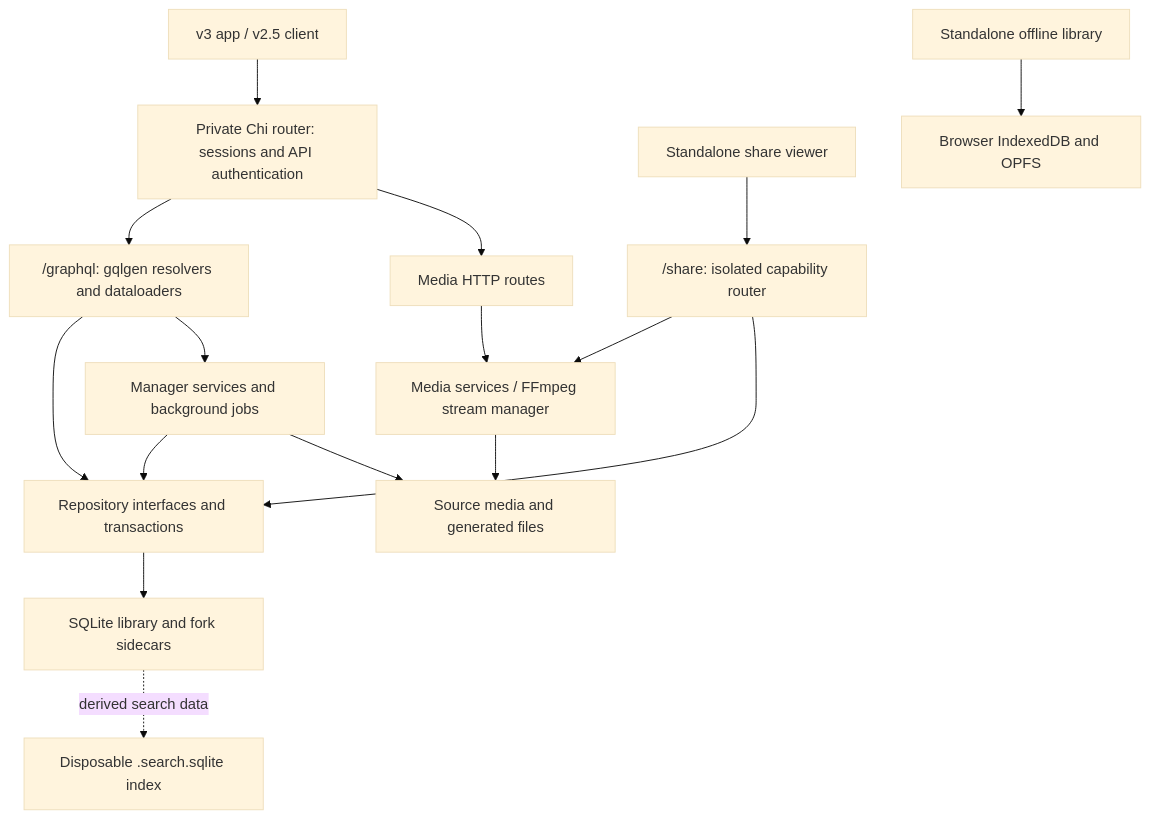
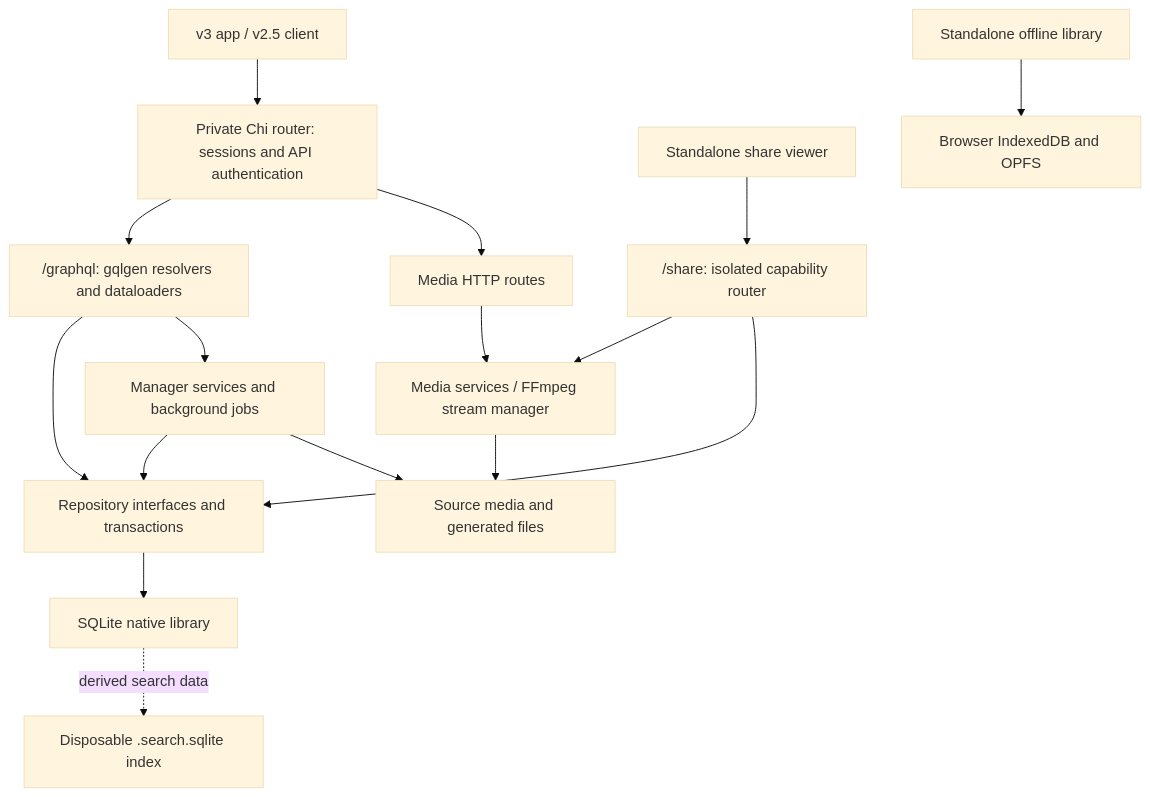
The diagram in docs/ARCHITECTURE.md (notsafeforgit/stash), drawn with Mermaid (base theme) before and after one commit. The commit also changed other lines of this file and 39 other files, not shown here.

Commit message:
Establish native schema lineage and promote authoritative sidecar tables

````diff
--- a/docs/ARCHITECTURE.md
+++ b/docs/ARCHITECTURE.md
@@ -19,18 +19,18 @@
 ```mermaid
 flowchart TD
     owner["v3 app / v2.5 client"] --> private["Private Chi router: sessions and API authentication"]
     private --> graphql["/graphql: gqlgen resolvers and dataloaders"]
     private --> media["Media HTTP routes"]
     guest["Standalone share viewer"] --> shares["/share: isolated capability router"]
     shares --> mediaService["Media services / FFmpeg stream manager"]
     shares --> repo["Repository interfaces and transactions"]
     graphql --> repo
     graphql --> jobs["Manager services and background jobs"]
     jobs --> repo
     jobs --> files["Source media and generated files"]
     media --> mediaService
     mediaService --> files
-    repo --> db["SQLite library and fork sidecars"]
+    repo --> db["SQLite native library"]
     db -. "derived search data" .-> search["Disposable .search.sqlite index"]
     offline["Standalone offline library"] --> browser["Browser IndexedDB and OPFS"]
 ```
````
